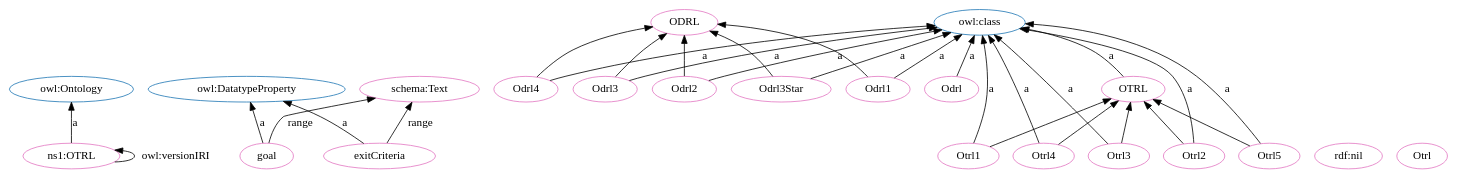
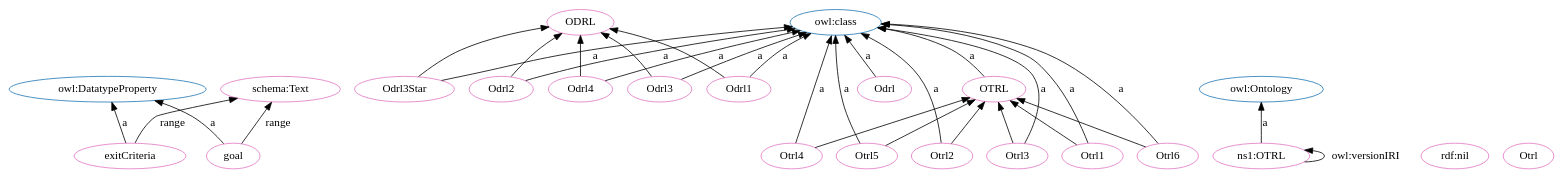
The diagram in OTRL.dot (OPEN-NEXT/OKH-LOSH), drawn with Graphviz before and after one commit. The commit also changed 17 other files, not shown here.

```diff
--- a/OTRL.dot
+++ b/OTRL.dot
@@ -1,56 +1,59 @@
 digraph G {
   rankdir=BT
   node[height=.3]
+"http://www.w3.org/2002/07/owl#DatatypeProperty" [fillcolor="#1f77b4" color="#1f77b4" label="owl:DatatypeProperty"]
+"http://purl.org/oseg/ontologies/OTRL#ODRL" [fillcolor="#1f77b4" color="#1f77b4" label="ODRL"]
+"http://purl.org/oseg/ontologies/OTRL#OTRL" [fillcolor="#1f77b4" color="#1f77b4" label="OTRL"]
 "http://www.w3.org/2002/07/owl#Ontology" [fillcolor="#1f77b4" color="#1f77b4" label="owl:Ontology"]
-"http://www.w3.org/2002/07/owl#DatatypeProperty" [fillcolor="#1f77b4" color="#1f77b4" label="owl:DatatypeProperty"]
-"http://purl.org/oseg/ontologies/OTRL#OTRL" [fillcolor="#1f77b4" color="#1f77b4" label="OTRL"]
-"http://purl.org/oseg/ontologies/OTRL#ODRL" [fillcolor="#1f77b4" color="#1f77b4" label="ODRL"]
 "http://www.w3.org/2002/07/owl#class" [fillcolor="#1f77b4" color="#1f77b4" label="owl:class"]
+"http://purl.org/oseg/ontologies/OTRL#Otrl4" [fillcolor="#e377c2" color="#e377c2" label="Otrl4"]
+"http://purl.org/oseg/ontologies/OTRL#Odrl" [fillcolor="#e377c2" color="#e377c2" label="Odrl"]
 "http://purl.org/oseg/ontologies/OTRL#ODRL" [fillcolor="#e377c2" color="#e377c2" label="ODRL"]
+"http://purl.org/oseg/ontologies/OTRL#Odrl3Star" [fillcolor="#e377c2" color="#e377c2" label="Odrl3Star"]
+"http://purl.org/oseg/ontologies/OTRL#exitCriteria" [fillcolor="#e377c2" color="#e377c2" label="exitCriteria"]
+"http://purl.org/oseg/ontologies/OTRL#Odrl2" [fillcolor="#e377c2" color="#e377c2" label="Odrl2"]
+"http://www.w3.org/1999/02/22-rdf-syntax-ns#nil" [fillcolor="#e377c2" color="#e377c2" label="rdf:nil"]
+"http://purl.org/oseg/ontologies/OTRL" [fillcolor="#e377c2" color="#e377c2" label="ns1:OTRL"]
+"http://purl.org/oseg/ontologies/OTRL#Odrl4" [fillcolor="#e377c2" color="#e377c2" label="Odrl4"]
+"http://purl.org/oseg/ontologies/OTRL#Otrl5" [fillcolor="#e377c2" color="#e377c2" label="Otrl5"]
 "http://purl.org/oseg/ontologies/OTRL#OTRL" [fillcolor="#e377c2" color="#e377c2" label="OTRL"]
-"http://purl.org/oseg/ontologies/OTRL#Odrl1" [fillcolor="#e377c2" color="#e377c2" label="Odrl1"]
-"http://purl.org/oseg/ontologies/OTRL#Odrl3Star" [fillcolor="#e377c2" color="#e377c2" label="Odrl3Star"]
-"http://www.w3.org/1999/02/22-rdf-syntax-ns#nil" [fillcolor="#e377c2" color="#e377c2" label="rdf:nil"]
-"http://schema.org/Text" [fillcolor="#e377c2" color="#e377c2" label="schema:Text"]
-"http://purl.org/oseg/ontologies/OTRL#Otrl4" [fillcolor="#e377c2" color="#e377c2" label="Otrl4"]
-"http://purl.org/oseg/ontologies/OTRL" [fillcolor="#e377c2" color="#e377c2" label="ns1:OTRL"]
-"http://purl.org/oseg/ontologies/OTRL#Otrl2" [fillcolor="#e377c2" color="#e377c2" label="Otrl2"]
 "http://purl.org/oseg/ontologies/OTRL#Otrl" [fillcolor="#e377c2" color="#e377c2" label="Otrl"]
 "http://purl.org/oseg/ontologies/OTRL#Odrl3" [fillcolor="#e377c2" color="#e377c2" label="Odrl3"]
-"http://purl.org/oseg/ontologies/OTRL#Odrl4" [fillcolor="#e377c2" color="#e377c2" label="Odrl4"]
+"http://schema.org/Text" [fillcolor="#e377c2" color="#e377c2" label="schema:Text"]
+"http://purl.org/oseg/ontologies/OTRL#Otrl2" [fillcolor="#e377c2" color="#e377c2" label="Otrl2"]
+"http://purl.org/oseg/ontologies/OTRL#Otrl3" [fillcolor="#e377c2" color="#e377c2" label="Otrl3"]
 "http://purl.org/oseg/ontologies/OTRL#goal" [fillcolor="#e377c2" color="#e377c2" label="goal"]
-"http://purl.org/oseg/ontologies/OTRL#Odrl" [fillcolor="#e377c2" color="#e377c2" label="Odrl"]
+"http://purl.org/oseg/ontologies/OTRL#Odrl1" [fillcolor="#e377c2" color="#e377c2" label="Odrl1"]
 "http://purl.org/oseg/ontologies/OTRL#Otrl1" [fillcolor="#e377c2" color="#e377c2" label="Otrl1"]
-"http://purl.org/oseg/ontologies/OTRL#Odrl2" [fillcolor="#e377c2" color="#e377c2" label="Odrl2"]
-"http://purl.org/oseg/ontologies/OTRL#Otrl3" [fillcolor="#e377c2" color="#e377c2" label="Otrl3"]
-"http://purl.org/oseg/ontologies/OTRL#exitCriteria" [fillcolor="#e377c2" color="#e377c2" label="exitCriteria"]
-"http://purl.org/oseg/ontologies/OTRL#Otrl5" [fillcolor="#e377c2" color="#e377c2" label="Otrl5"]
+"http://purl.org/oseg/ontologies/OTRL#Otrl6" [fillcolor="#e377c2" color="#e377c2" label="Otrl6"]
+  "http://purl.org/oseg/ontologies/OTRL#Otrl4" -> "http://www.w3.org/2002/07/owl#class" [label="a"]
+  "http://purl.org/oseg/ontologies/OTRL#Odrl4" -> "http://purl.org/oseg/ontologies/OTRL#ODRL" [label=""]
+  "http://purl.org/oseg/ontologies/OTRL#exitCriteria" -> "http://www.w3.org/2002/07/owl#DatatypeProperty" [label="a"]
+  "http://purl.org/oseg/ontologies/OTRL#Odrl2" -> "http://www.w3.org/2002/07/owl#class" [label="a"]
+  "http://purl.org/oseg/ontologies/OTRL" -> "http://www.w3.org/2002/07/owl#Ontology" [label="a"]
+  "http://purl.org/oseg/ontologies/OTRL#Odrl4" -> "http://www.w3.org/2002/07/owl#class" [label="a"]
+  "http://purl.org/oseg/ontologies/OTRL#Otrl5" -> "http://purl.org/oseg/ontologies/OTRL#OTRL" [label=""]
+  "http://purl.org/oseg/ontologies/OTRL#Otrl6" -> "http://purl.org/oseg/ontologies/OTRL#OTRL" [label=""]
+  "http://purl.org/oseg/ontologies/OTRL#Otrl1" -> "http://purl.org/oseg/ontologies/OTRL#OTRL" [label=""]
+  "http://purl.org/oseg/ontologies/OTRL#Odrl3" -> "http://www.w3.org/2002/07/owl#class" [label="a"]
+  "http://purl.org/oseg/ontologies/OTRL#Otrl2" -> "http://www.w3.org/2002/07/owl#class" [label="a"]
+  "http://purl.org/oseg/ontologies/OTRL#Otrl4" -> "http://purl.org/oseg/ontologies/OTRL#OTRL" [label=""]
+  "http://purl.org/oseg/ontologies/OTRL#Otrl3" -> "http://purl.org/oseg/ontologies/OTRL#OTRL" [label=""]
+  "http://purl.org/oseg/ontologies/OTRL#Otrl2" -> "http://purl.org/oseg/ontologies/OTRL#OTRL" [label=""]
+  "http://purl.org/oseg/ontologies/OTRL" -> "http://purl.org/oseg/ontologies/OTRL" [label="owl:versionIRI"]
+  "http://purl.org/oseg/ontologies/OTRL#Odrl3Star" -> "http://purl.org/oseg/ontologies/OTRL#ODRL" [label=""]
+  "http://purl.org/oseg/ontologies/OTRL#Odrl" -> "http://www.w3.org/2002/07/owl#class" [label="a"]
+  "http://purl.org/oseg/ontologies/OTRL#Odrl3Star" -> "http://www.w3.org/2002/07/owl#class" [label="a"]
+  "http://purl.org/oseg/ontologies/OTRL#Otrl5" -> "http://www.w3.org/2002/07/owl#class" [label="a"]
+  "http://purl.org/oseg/ontologies/OTRL#OTRL" -> "http://www.w3.org/2002/07/owl#class" [label="a"]
+  "http://purl.org/oseg/ontologies/OTRL#Odrl1" -> "http://purl.org/oseg/ontologies/OTRL#ODRL" [label=""]
+  "http://purl.org/oseg/ontologies/OTRL#exitCriteria" -> "http://schema.org/Text" [label="range"]
+  "http://purl.org/oseg/ontologies/OTRL#Otrl3" -> "http://www.w3.org/2002/07/owl#class" [label="a"]
+  "http://purl.org/oseg/ontologies/OTRL#Odrl2" -> "http://purl.org/oseg/ontologies/OTRL#ODRL" [label=""]
+  "http://purl.org/oseg/ontologies/OTRL#goal" -> "http://www.w3.org/2002/07/owl#DatatypeProperty" [label="a"]
+  "http://purl.org/oseg/ontologies/OTRL#Odrl3" -> "http://purl.org/oseg/ontologies/OTRL#ODRL" [label=""]
+  "http://purl.org/oseg/ontologies/OTRL#goal" -> "http://schema.org/Text" [label="range"]
   "http://purl.org/oseg/ontologies/OTRL#Odrl1" -> "http://www.w3.org/2002/07/owl#class" [label="a"]
-  "http://purl.org/oseg/ontologies/OTRL#Odrl3Star" -> "http://www.w3.org/2002/07/owl#class" [label="a"]
-  "http://purl.org/oseg/ontologies/OTRL#Otrl3" -> "http://purl.org/oseg/ontologies/OTRL#OTRL" [label=""]
-  "http://purl.org/oseg/ontologies/OTRL#exitCriteria" -> "http://schema.org/Text" [label="range"]
-  "http://purl.org/oseg/ontologies/OTRL#Otrl4" -> "http://www.w3.org/2002/07/owl#class" [label="a"]
-  "http://purl.org/oseg/ontologies/OTRL#Otrl5" -> "http://purl.org/oseg/ontologies/OTRL#OTRL" [label=""]
-  "http://purl.org/oseg/ontologies/OTRL#Otrl2" -> "http://www.w3.org/2002/07/owl#class" [label="a"]
-  "http://purl.org/oseg/ontologies/OTRL#OTRL" -> "http://www.w3.org/2002/07/owl#class" [label="a"]
-  "http://purl.org/oseg/ontologies/OTRL#Odrl3" -> "http://www.w3.org/2002/07/owl#class" [label="a"]
-  "http://purl.org/oseg/ontologies/OTRL#Odrl4" -> "http://www.w3.org/2002/07/owl#class" [label="a"]
   "http://purl.org/oseg/ontologies/OTRL#Otrl1" -> "http://www.w3.org/2002/07/owl#class" [label="a"]
-  "http://purl.org/oseg/ontologies/OTRL#goal" -> "http://schema.org/Text" [label="range"]
-  "http://purl.org/oseg/ontologies/OTRL#Odrl3Star" -> "http://purl.org/oseg/ontologies/OTRL#ODRL" [label=""]
-  "http://purl.org/oseg/ontologies/OTRL#Odrl2" -> "http://www.w3.org/2002/07/owl#class" [label="a"]
-  "http://purl.org/oseg/ontologies/OTRL#Odrl3" -> "http://purl.org/oseg/ontologies/OTRL#ODRL" [label=""]
-  "http://purl.org/oseg/ontologies/OTRL#Otrl4" -> "http://purl.org/oseg/ontologies/OTRL#OTRL" [label=""]
-  "http://purl.org/oseg/ontologies/OTRL#Odrl4" -> "http://purl.org/oseg/ontologies/OTRL#ODRL" [label=""]
-  "http://purl.org/oseg/ontologies/OTRL#Odrl2" -> "http://purl.org/oseg/ontologies/OTRL#ODRL" [label=""]
-  "http://purl.org/oseg/ontologies/OTRL#Odrl1" -> "http://purl.org/oseg/ontologies/OTRL#ODRL" [label=""]
-  "http://purl.org/oseg/ontologies/OTRL" -> "http://purl.org/oseg/ontologies/OTRL" [label="owl:versionIRI"]
-  "http://purl.org/oseg/ontologies/OTRL" -> "http://www.w3.org/2002/07/owl#Ontology" [label="a"]
-  "http://purl.org/oseg/ontologies/OTRL#goal" -> "http://www.w3.org/2002/07/owl#DatatypeProperty" [label="a"]
-  "http://purl.org/oseg/ontologies/OTRL#Otrl2" -> "http://purl.org/oseg/ontologies/OTRL#OTRL" [label=""]
-  "http://purl.org/oseg/ontologies/OTRL#Odrl" -> "http://www.w3.org/2002/07/owl#class" [label="a"]
-  "http://purl.org/oseg/ontologies/OTRL#Otrl3" -> "http://www.w3.org/2002/07/owl#class" [label="a"]
-  "http://purl.org/oseg/ontologies/OTRL#exitCriteria" -> "http://www.w3.org/2002/07/owl#DatatypeProperty" [label="a"]
-  "http://purl.org/oseg/ontologies/OTRL#Otrl5" -> "http://www.w3.org/2002/07/owl#class" [label="a"]
-  "http://purl.org/oseg/ontologies/OTRL#Otrl1" -> "http://purl.org/oseg/ontologies/OTRL#OTRL" [label=""]
+  "http://purl.org/oseg/ontologies/OTRL#Otrl6" -> "http://www.w3.org/2002/07/owl#class" [label="a"]
 }
```
